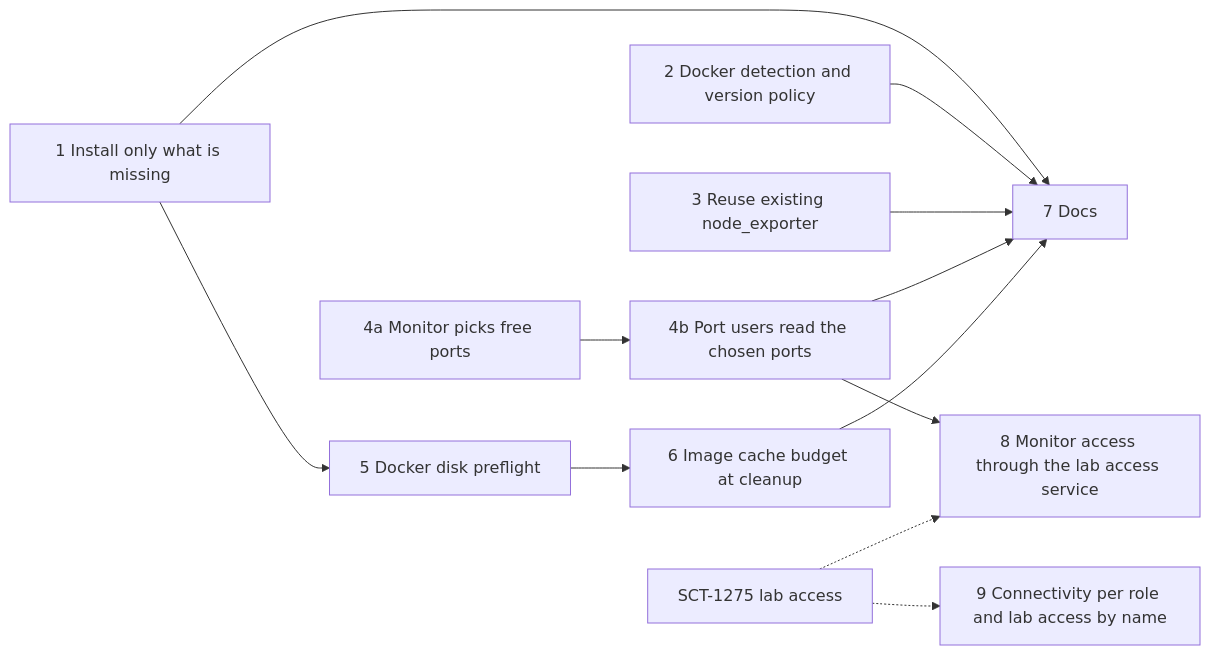
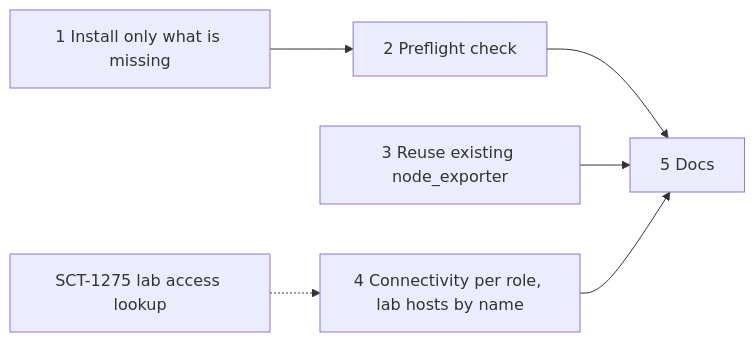
Before and after one commit to scylladb/scylla-cluster-tests: the diagram in docs/plans/infrastructure/baremetal-shared-host-setup.md, drawn with Mermaid. The commit also changed other lines of this file and 1 other file, not shown here.

First line of the commit message:
docs(plans): trim the shared-host plan to five phases around a preflight check

````diff
--- a/docs/plans/infrastructure/baremetal-shared-host-setup.md
+++ b/docs/plans/infrastructure/baremetal-shared-host-setup.md
@@ -125,13 +110,8 @@
 ```mermaid
 graph LR
-    P1["1 Install only what is missing"] --> P5["5 Docker disk preflight"]
-    P2["2 Docker detection and version policy"]
+    P1["1 Install only what is missing"] --> P2["2 Preflight check"]
     P3["3 Reuse existing node_exporter"]
-    P4a["4a Monitor picks free ports"] --> P4b["4b Port users read the chosen ports"]
-    P5 --> P6["6 Image cache budget at cleanup"]
-    P1 & P2 & P3 & P4b & P6 --> P7["7 Docs"]
-    P4b --> P8["8 Monitor access through the lab access service"]
-    SCT1275["SCT-1275 lab access"] -.-> P8
-    P9["9 Connectivity per role and lab access by name"]
-    SCT1275 -.-> P9
+    P4["4 Connectivity per role, lab hosts by name"]
+    SCT1275["SCT-1275 lab access lookup"] -.-> P4
+    P2 & P3 & P4 --> P5["5 Docs"]
 ```
````
